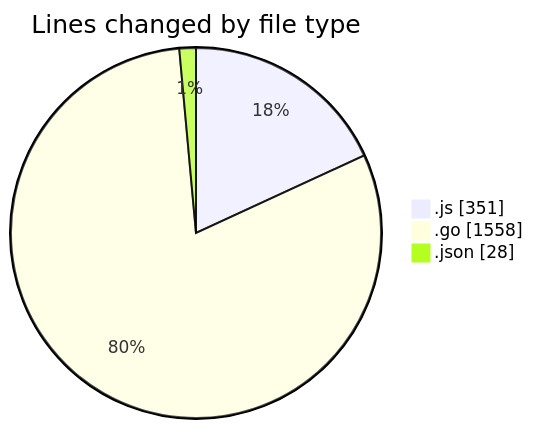
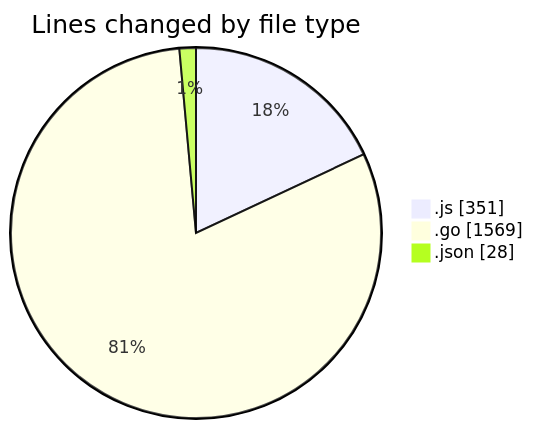
Before and after one commit to robertbonfada/code-tracking: the first of 2 diagrams in 2025-03-04/simulador-serial/README.md, drawn with Mermaid. The commit also changed other lines of this file and 1 other file, not shown here.

````diff
--- a/2025-03-04/simulador-serial/README.md
+++ b/2025-03-04/simulador-serial/README.md
@@ -25,7 +25,7 @@
 ```mermaid
 pie showData
 title Lines changed by file type
 ".js" : 351
-".go" : 1558
+".go" : 1569
 ".json" : 28
 ```
````
